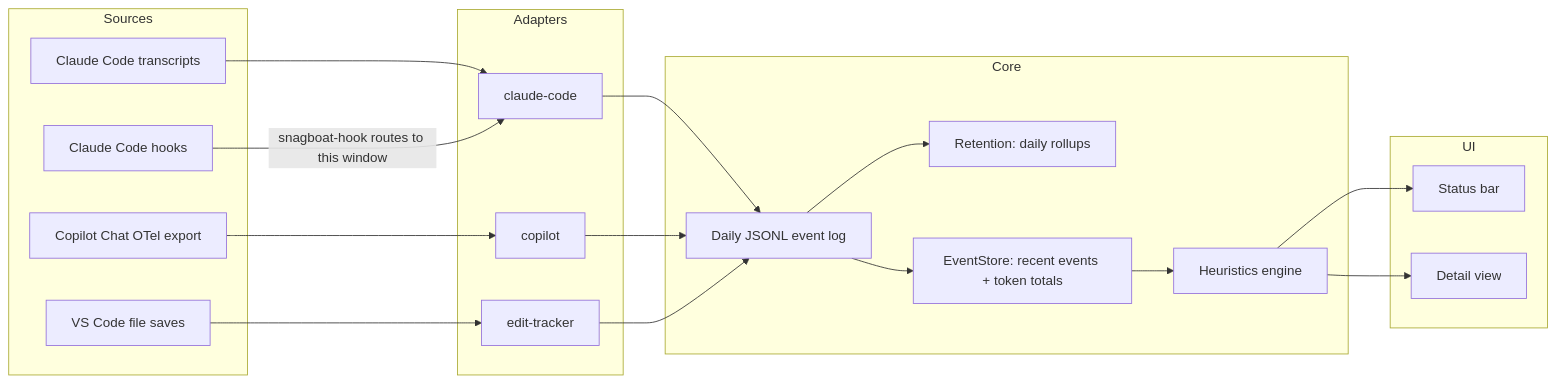
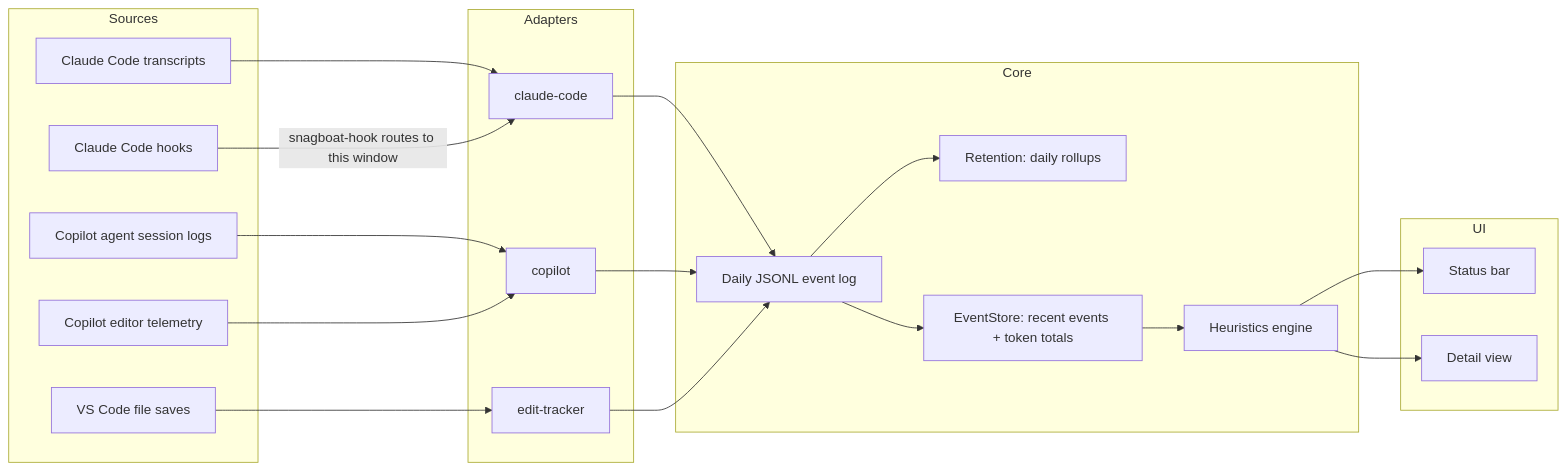
Before and after one commit to DChristianson/snagboat: the diagram in README.md, drawn with Mermaid. The commit also changed other lines of this file and 43 other files, not shown here.

````diff
--- a/README.md
+++ b/README.md
@@ -97,35 +101,37 @@
 ```mermaid
 flowchart LR
   subgraph Sources
     Transcripts[Claude Code transcripts]
     Hooks[Claude Code hooks]
-    Copilot[Copilot Chat OTel export]
+    CopilotCli[Copilot agent session logs]
+    Copilot[Copilot editor telemetry]
     Saves[VS Code file saves]
   end
 
   subgraph Adapters
     ClaudeAdapter[claude-code]
     CopilotAdapter[copilot]
     EditTracker[edit-tracker]
   end
 
   subgraph Core
     EventLog[Daily JSONL event log]
     Retention[Retention: daily rollups]
     Store[EventStore: recent events + token totals]
     Heuristics[Heuristics engine]
   end
 
   subgraph UI
     Status[Status bar]
     Detail[Detail view]
   end
 
   Transcripts --> ClaudeAdapter
   Hooks -->|snagboat-hook routes to this window| ClaudeAdapter
+  CopilotCli --> CopilotAdapter
   Copilot --> CopilotAdapter
   Saves --> EditTracker
   ClaudeAdapter & CopilotAdapter & EditTracker --> EventLog
   EventLog --> Retention
   EventLog --> Store --> Heuristics --> Status & Detail
 ```
````
